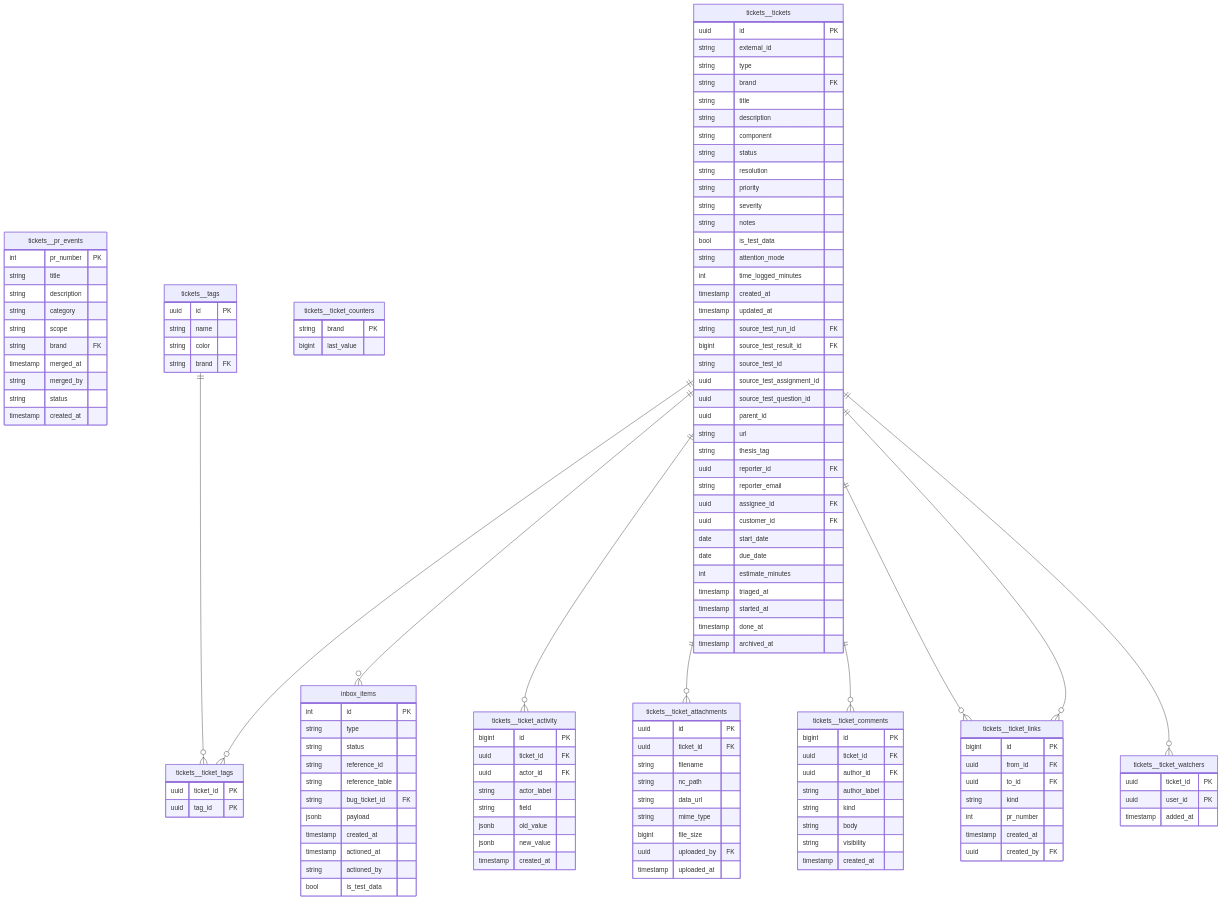
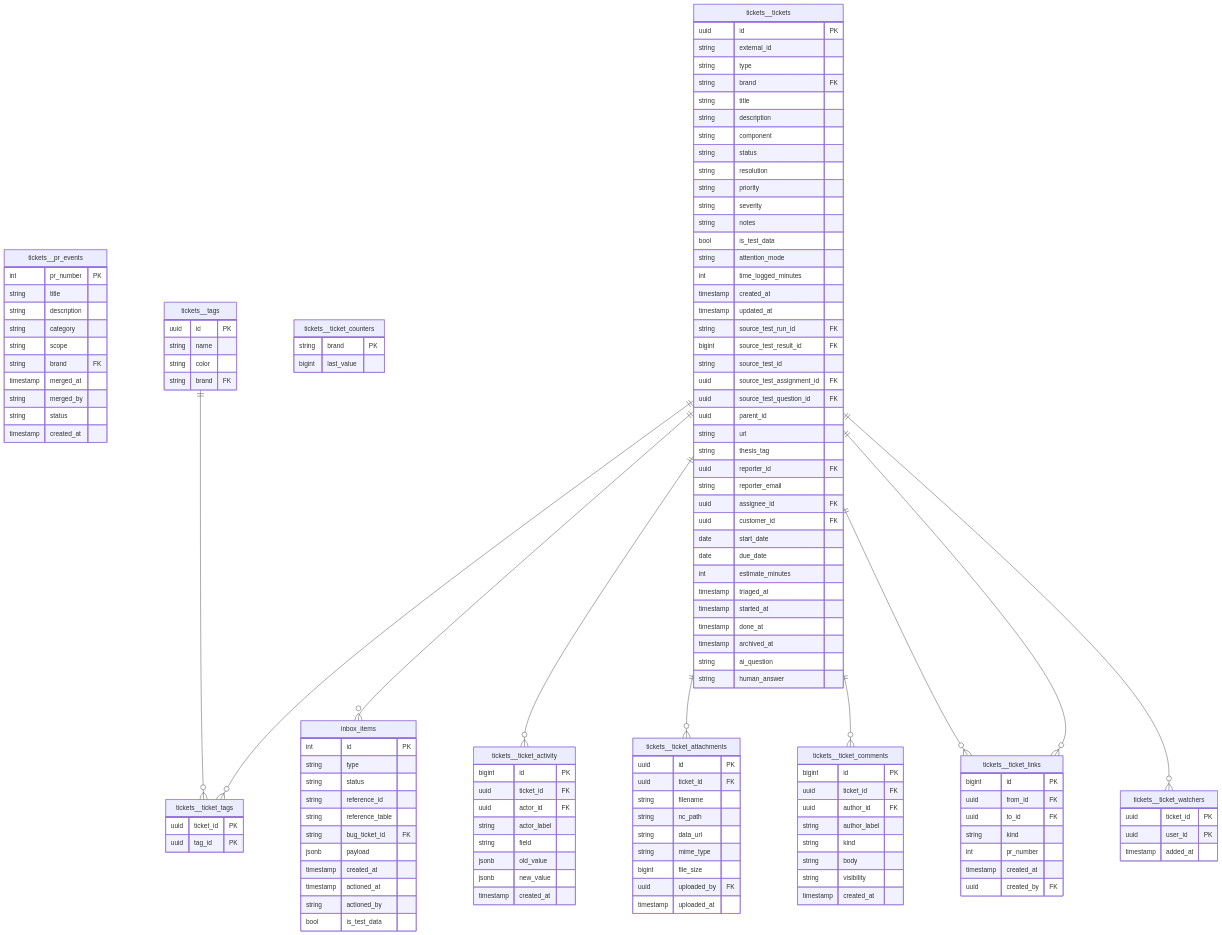
One commit to Paddione/Bachelorprojekt changed the fourth of 8 diagrams in docs/db-schema-diagram.md. Above: the diagram before and after it, drawn with Mermaid. The commit also changed other lines of this file and 32 other files, not shown here.

```diff
--- a/docs/db-schema-diagram.md
+++ b/docs/db-schema-diagram.md
@@ -556,8 +670,8 @@
     string source_test_run_id FK
     bigint source_test_result_id FK
     string source_test_id
-    uuid source_test_assignment_id
-    uuid source_test_question_id
+    uuid source_test_assignment_id FK
+    uuid source_test_question_id FK
     uuid parent_id
     string url
     string thesis_tag
@@ -572,6 +686,8 @@
     timestamp started_at
     timestamp done_at
     timestamp archived_at
+    string ai_question
+    string human_answer
   }
   tickets__tickets ||--o{ inbox_items : ""
   tickets__tickets ||--o{ tickets__ticket_activity : ""
```
